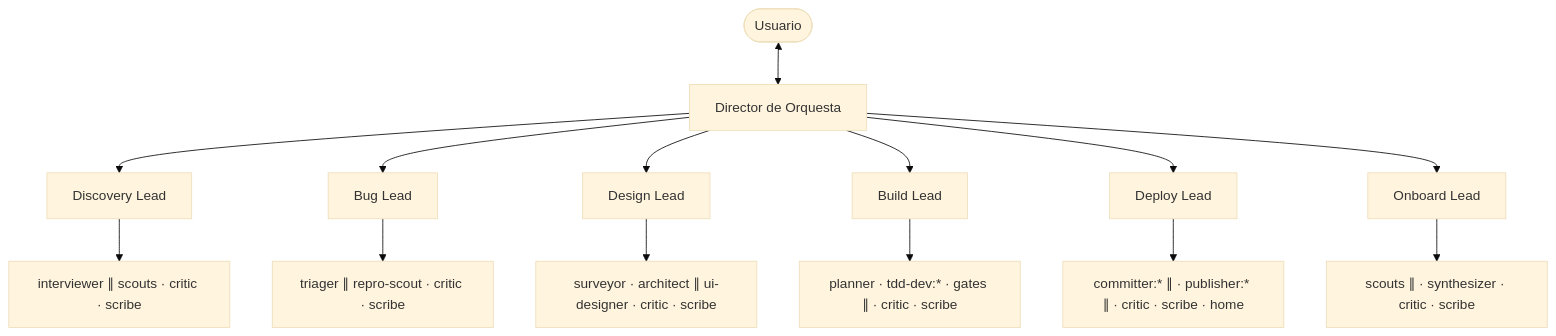
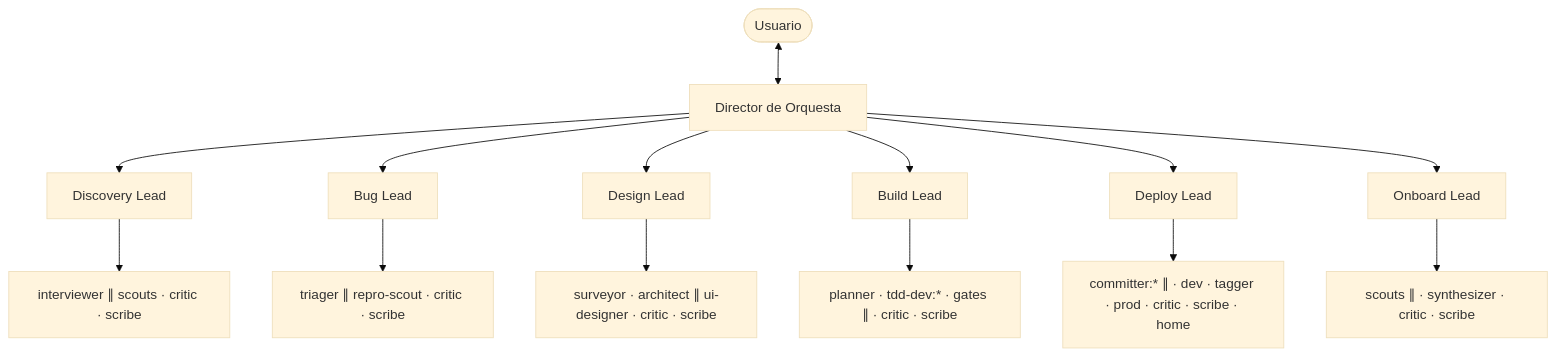
Before and after one commit to infosails/infosails-harness: the second of 15 diagrams in README.md, drawn with Mermaid (base theme). The commit also changed other lines of this file and 26 other files, not shown here.

````diff
--- a/README.md
+++ b/README.md
@@ -297,20 +297,20 @@
 ```mermaid
 flowchart TB
   User([Usuario])
   Orch[Director de Orquesta]
   User <--> Orch
 
   Orch --> DL[Discovery Lead]
   Orch --> BL[Bug Lead]
   Orch --> DesL[Design Lead]
   Orch --> BuL[Build Lead]
   Orch --> DepL[Deploy Lead]
   Orch --> OnL[Onboard Lead]
 
   DL --> DSub["interviewer ∥ scouts · critic · scribe"]
   BL --> BSub["triager ∥ repro-scout · critic · scribe"]
   DesL --> DesSub["surveyor · architect ∥ ui-designer · critic · scribe"]
   BuL --> BuSub["planner · tdd-dev:* · gates ∥ · critic · scribe"]
-  DepL --> DepSub["committer:* ∥ · publisher:* ∥ · critic · scribe · home"]
+  DepL --> DepSub["committer:* ∥ · dev · tagger · prod · critic · scribe · home"]
   OnL --> OnSub["scouts ∥ · synthesizer · critic · scribe"]
 ```
````
